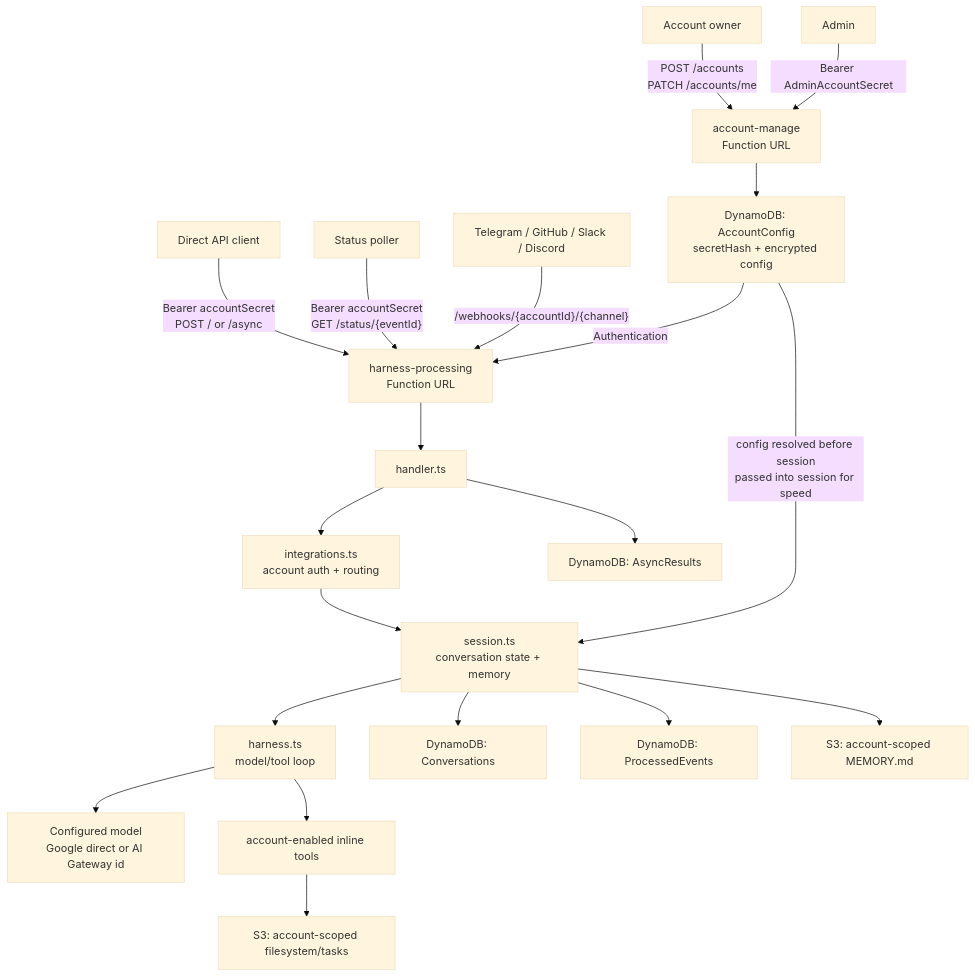
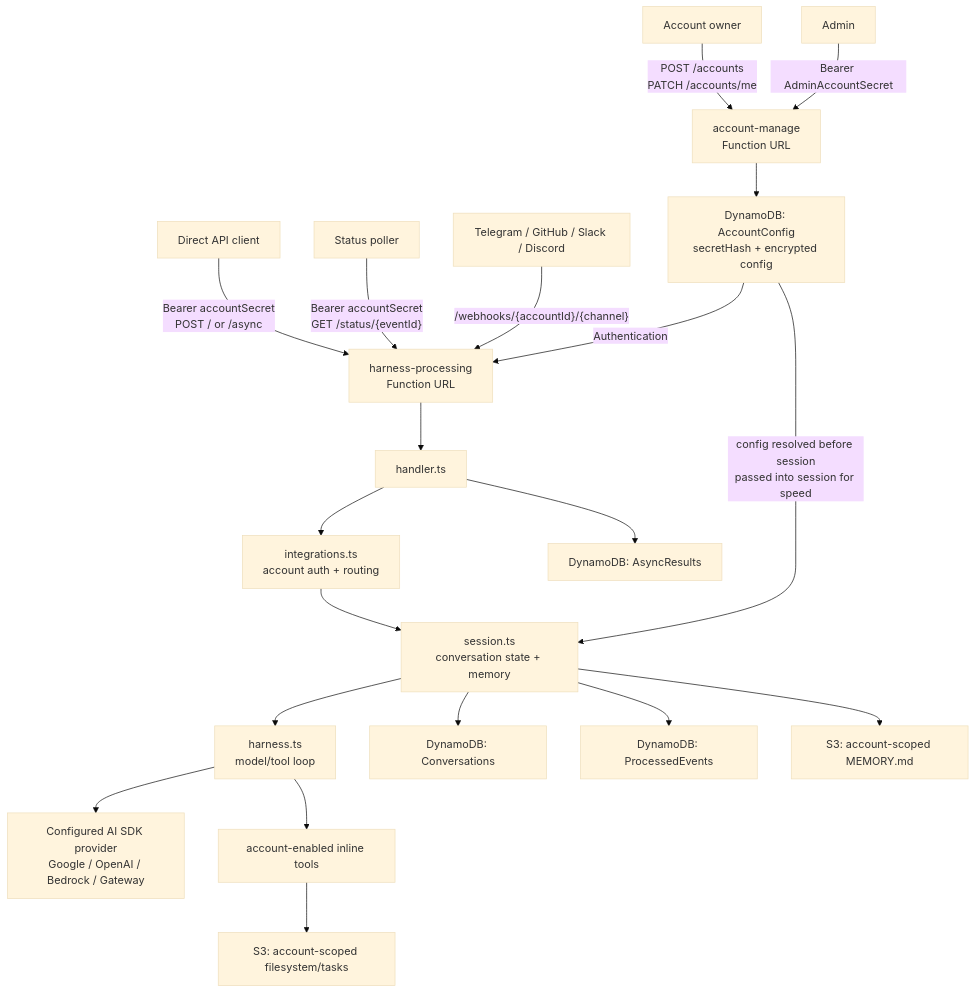
One commit to beeblastco/filthy-panty changed the second of 7 diagrams in docs/architecture.md. Above: the diagram before and after it, drawn with Mermaid (base theme). The commit also changed 11 other files, not shown here.

````diff
--- a/docs/architecture.md
+++ b/docs/architecture.md
@@ -27,24 +27,24 @@
 ```mermaid
 flowchart TD
   Owner["Account owner"] -->|"POST /accounts<br/>PATCH /accounts/me"| ManageUrl["account-manage<br/>Function URL"]
   Admin["Admin"] -->|"Bearer AdminAccountSecret"| ManageUrl
   Direct["Direct API client"] -->|"Bearer accountSecret<br/>POST / or /async"| HarnessUrl["harness-processing<br/>Function URL"]
   Status["Status poller"] -->|"Bearer accountSecret<br/>GET /status/{eventId}"| HarnessUrl
   Provider["Telegram / GitHub / Slack / Discord"] -->|"/webhooks/{accountId}/{channel}"| HarnessUrl
 
   ManageUrl --> AccountStore["DynamoDB: AccountConfig<br/>secretHash + encrypted config"]
   AccountStore -->|Authentication| HarnessUrl
   HarnessUrl --> Handler["handler.ts"]
   Handler --> Integrations["integrations.ts<br/>account auth + routing"]
   Integrations --> Session["session.ts<br/>conversation state + memory"]
   Session --> Harness["harness.ts<br/>model/tool loop"]
-  Harness --> Model["Configured model<br/>Google direct or AI Gateway id"]
+  Harness --> Model["Configured AI SDK provider<br/>Google / OpenAI / Bedrock / Gateway"]
   Harness --> Tools["account-enabled inline tools"]
 
   Session --> Conversations["DynamoDB: Conversations"]
   Session --> Processed["DynamoDB: ProcessedEvents"]
   AccountStore -->|config resolved before session<br/>passed into session for speed| Session
   Handler --> AsyncResults["DynamoDB: AsyncResults"]
   Session --> Memory["S3: account-scoped MEMORY.md"]
   Tools --> Filesystem["S3: account-scoped filesystem/tasks"]
 ```
````
